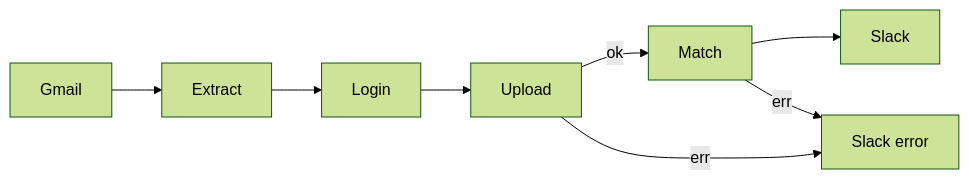
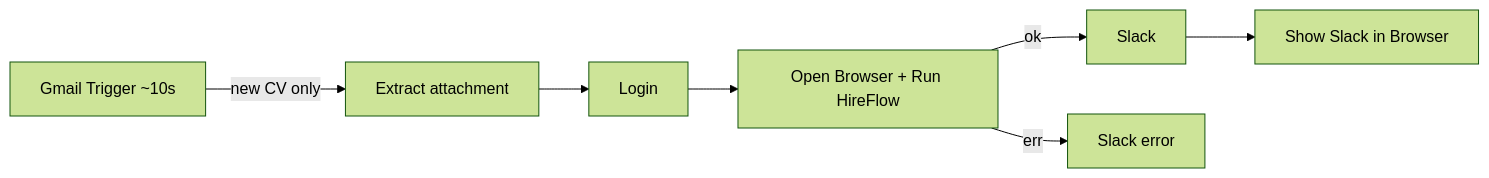
The fifth of 5 diagrams in README.md (aliashrafabbasi/hireflow-ai-backend), drawn with Mermaid (forest theme) before and after one commit. The commit also changed other lines of this file and 31 other files, not shown here.

````diff
--- a/README.md
+++ b/README.md
@@ -104,7 +150,8 @@
 ```mermaid
 flowchart LR
-  Gmail --> Extract --> Login --> Upload
-  Upload -->|ok| Match --> Slack
-  Upload -->|err| ErrSlack[Slack error]
-  Match -->|err| ErrSlack
+  GT[Gmail Trigger ~10s] -->|new CV only| Ex[Extract attachment]
+  Ex --> Login --> RPA[Open Browser + Run HireFlow]
+  RPA -->|ok| Slack
+  RPA -->|err| ErrSlack[Slack error]
+  Slack --> Show[Show Slack in Browser]
 ```
````
